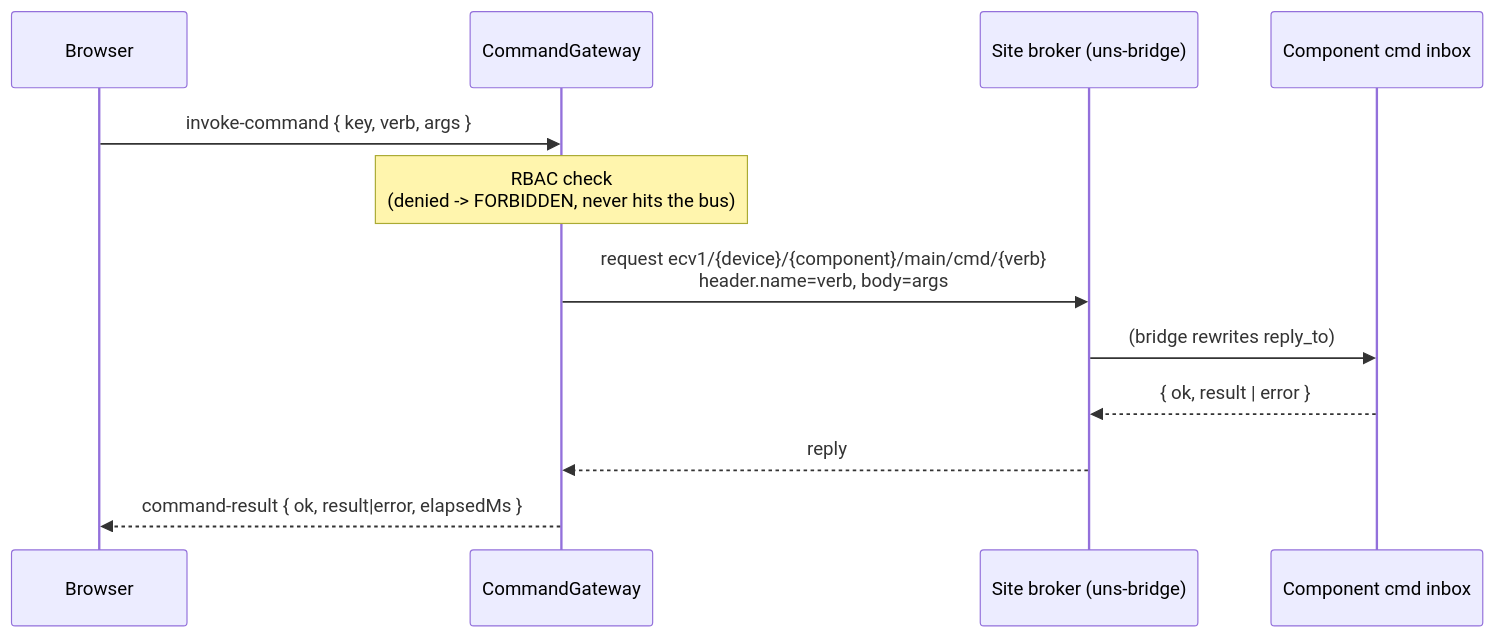
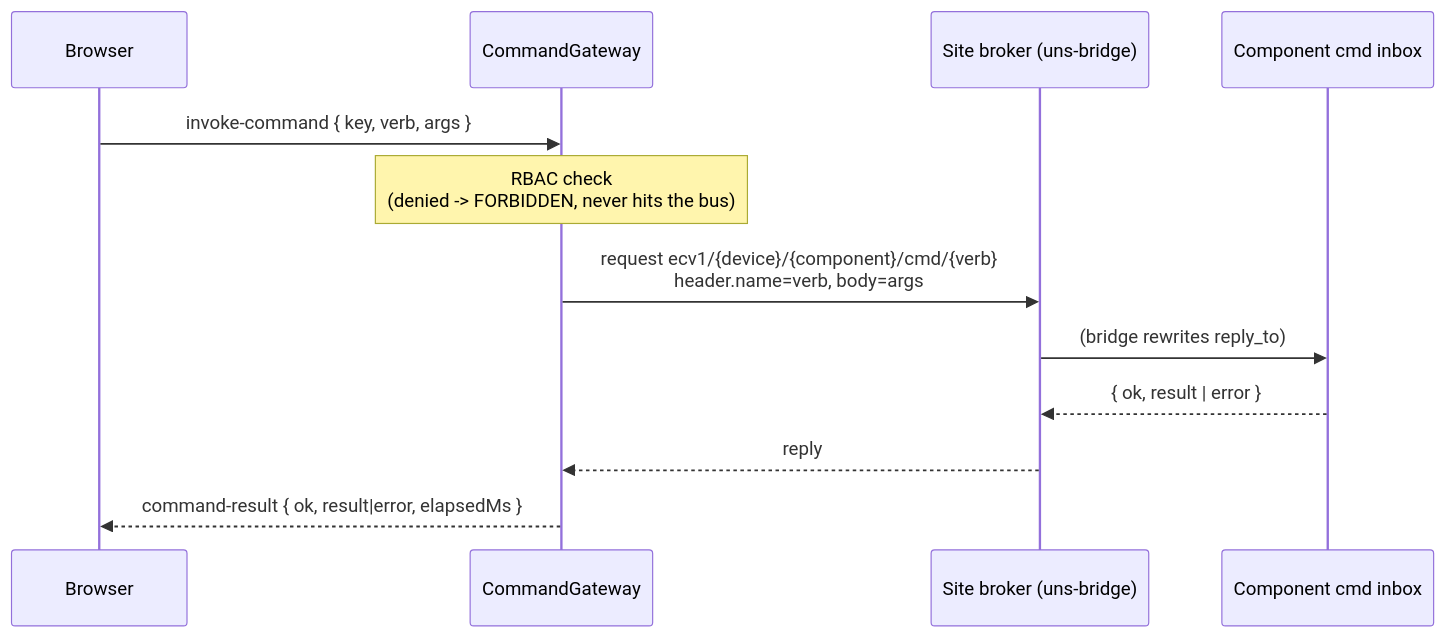
Before and after one commit to edgecommons/edge-console: the diagram in docs/reference/messaging-interface.md, drawn with Mermaid. The commit also changed other lines of this file and 70 other files, not shown here.

````diff
--- a/docs/reference/messaging-interface.md
+++ b/docs/reference/messaging-interface.md
@@ -128,14 +130,14 @@
 ```mermaid
 sequenceDiagram
   participant UI as Browser
   participant GW as CommandGateway
   participant Bus as Site broker (uns-bridge)
   participant C as Component cmd inbox
   UI->>GW: invoke-command { key, verb, args }
   Note over GW: RBAC check<br/>(denied -> FORBIDDEN, never hits the bus)
-  GW->>Bus: request ecv1/{device}/{component}/main/cmd/{verb}<br/>header.name=verb, body=args
+  GW->>Bus: request ecv1/{device}/{component}/cmd/{verb}<br/>header.name=verb, body=args
   Bus->>C: (bridge rewrites reply_to)
   C-->>Bus: { ok, result | error }
   Bus-->>GW: reply
   GW-->>UI: command-result { ok, result|error, elapsedMs }
 ```
````
